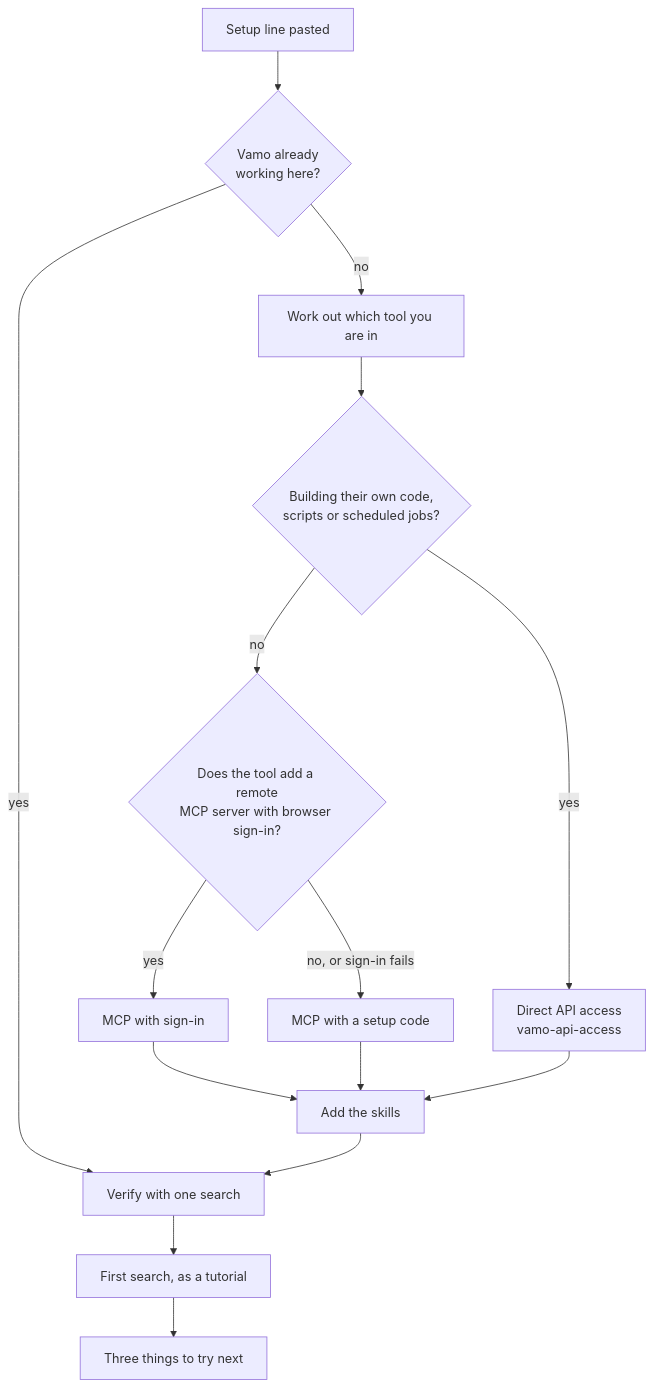
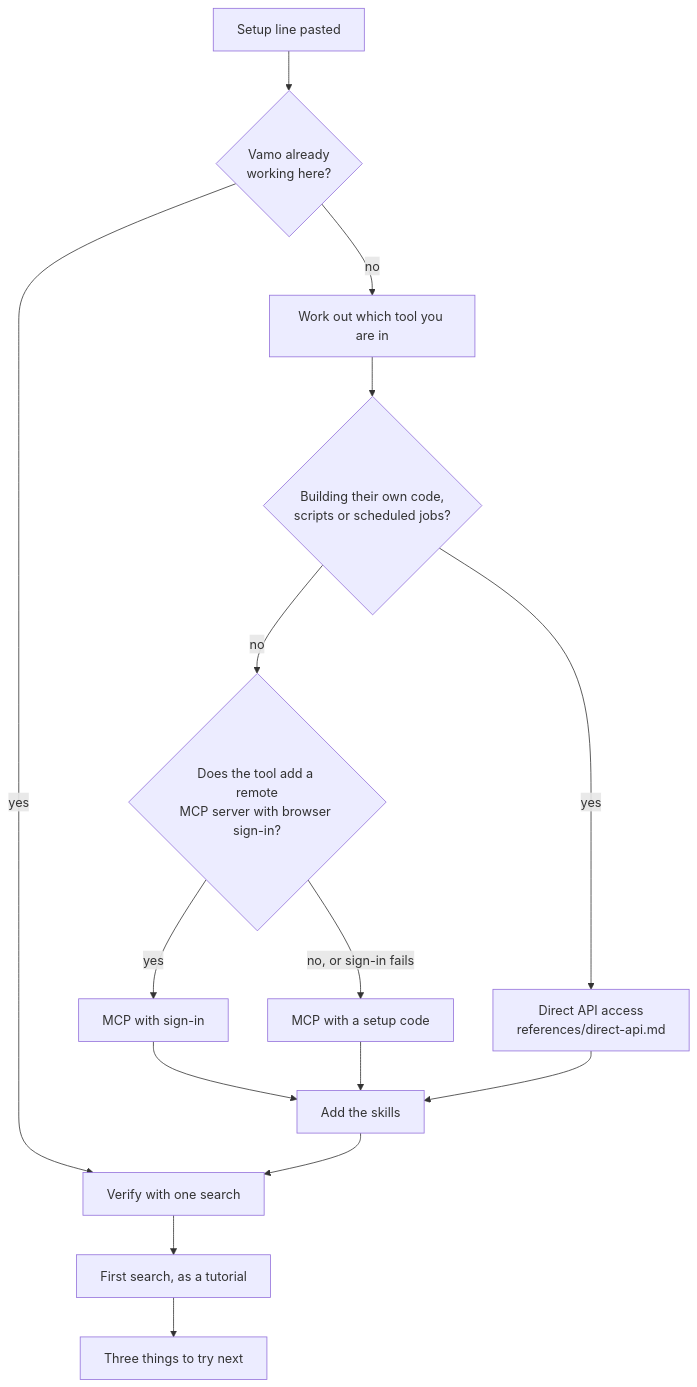
Before and after one commit to vamo-ai/vamo-skills: the diagram in skills/vamo-setup/SKILL.md, drawn with Mermaid. The commit also changed other lines of this file and 19 other files, not shown here.

````diff
--- a/skills/vamo-setup/SKILL.md
+++ b/skills/vamo-setup/SKILL.md
@@ -37,17 +37,17 @@
 ```mermaid
 flowchart TD
   A[Setup line pasted] --> B{Vamo already<br/>working here?}
   B -- yes --> V[Verify with one search]
   B -- no --> C[Work out which tool you are in]
   C --> D{Building their own code,<br/>scripts or scheduled jobs?}
-  D -- yes --> API[Direct API access<br/>vamo-api-access]
+  D -- yes --> API[Direct API access<br/>references/direct-api.md]
   D -- no --> E{Does the tool add a remote<br/>MCP server with browser sign-in?}
   E -- yes --> F[MCP with sign-in]
   E -- no, or sign-in fails --> G[MCP with a setup code]
   F --> H[Add the skills]
   G --> H
   API --> H
   H --> V
   V --> T[First search, as a tutorial]
   T --> N[Three things to try next]
 ```
````
